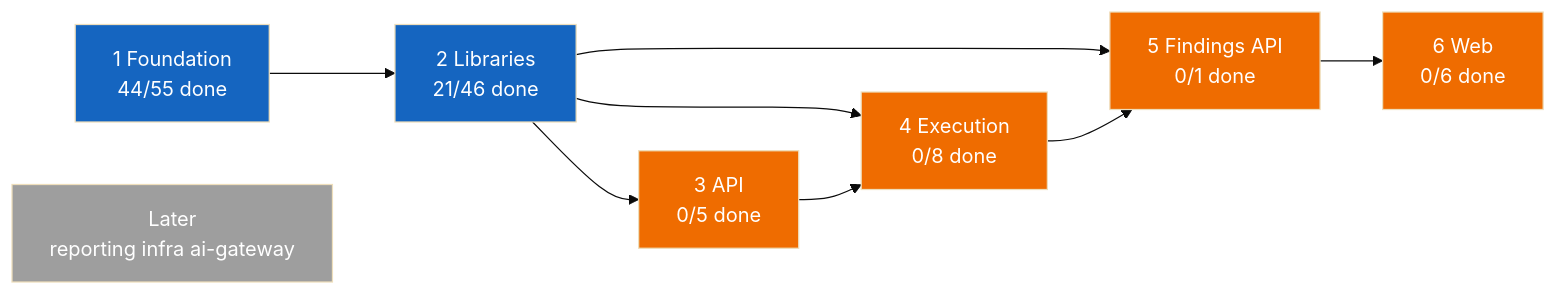
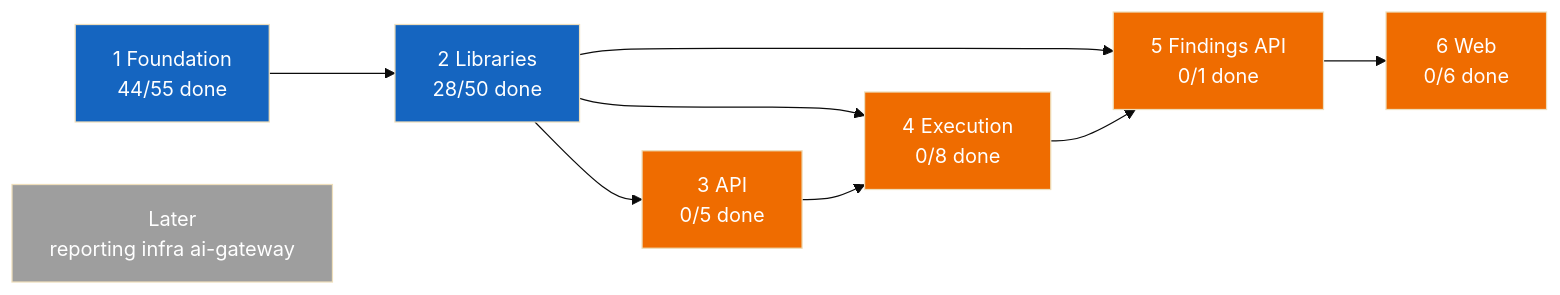
Before and after one commit to vulcanflow/docs: the first of 2 diagrams in PROGRESS.md, drawn with Mermaid (base theme). The commit also changed other lines of this file and 1 other file, not shown here.

````diff
--- a/PROGRESS.md
+++ b/PROGRESS.md
@@ -24,31 +24,31 @@
 ```mermaid
 flowchart LR
   P1["1 Foundation<br/>44/55 done"]
-  P2["2 Libraries<br/>21/46 done"]
+  P2["2 Libraries<br/>28/50 done"]
   P3["3 API<br/>0/5 done"]
   P4["4 Execution<br/>0/8 done"]
   P5["5 Findings API<br/>0/1 done"]
   P6["6 Web<br/>0/6 done"]
   L["Later<br/>reporting infra ai-gateway"]
 
   P1 --> P2
   P2 --> P3
   P2 --> P4
   P3 --> P4
   P2 --> P5
   P4 --> P5
   P5 --> P6
 
   classDef done fill:#2e7d32,color:#fff
   classDef active fill:#1565c0,color:#fff
   classDef held fill:#9e9e9e,color:#fff
   classDef blocked fill:#ef6c00,color:#fff
 
   class P1 active
   class P2 active
   class P3 blocked
   class P4 blocked
   class P5 blocked
   class P6 blocked
   class L held
 ```
````
